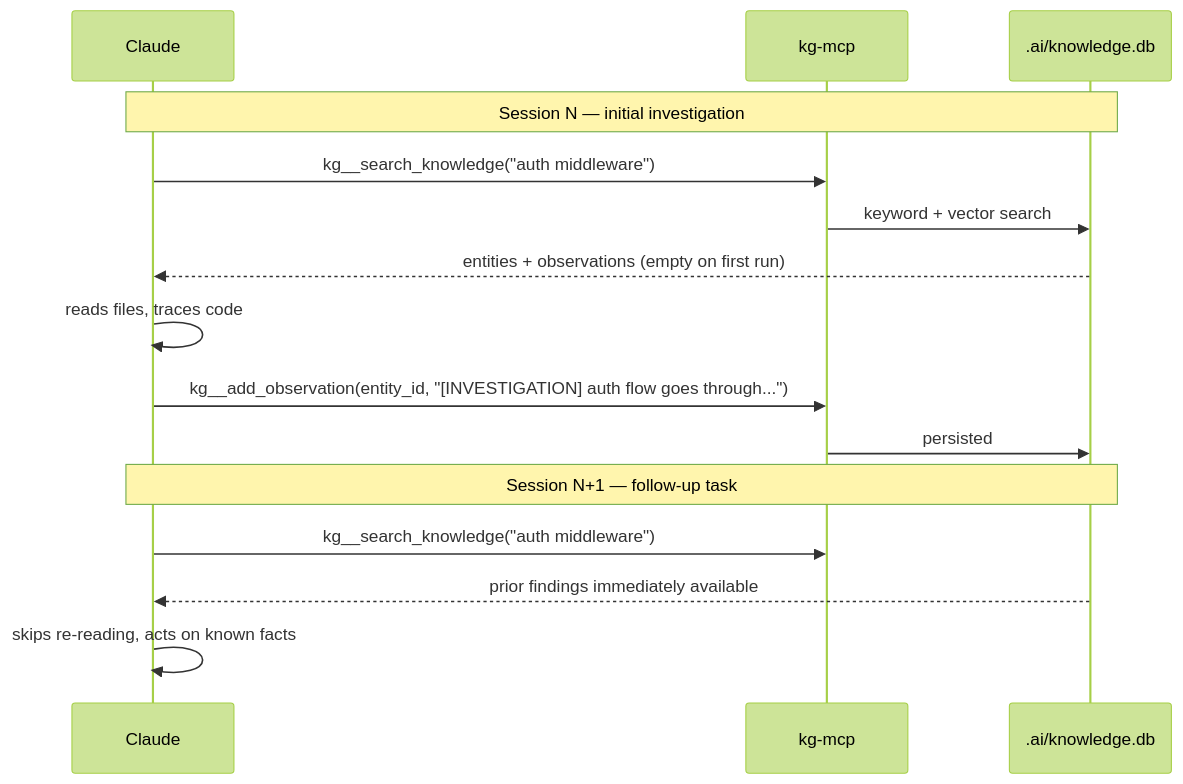
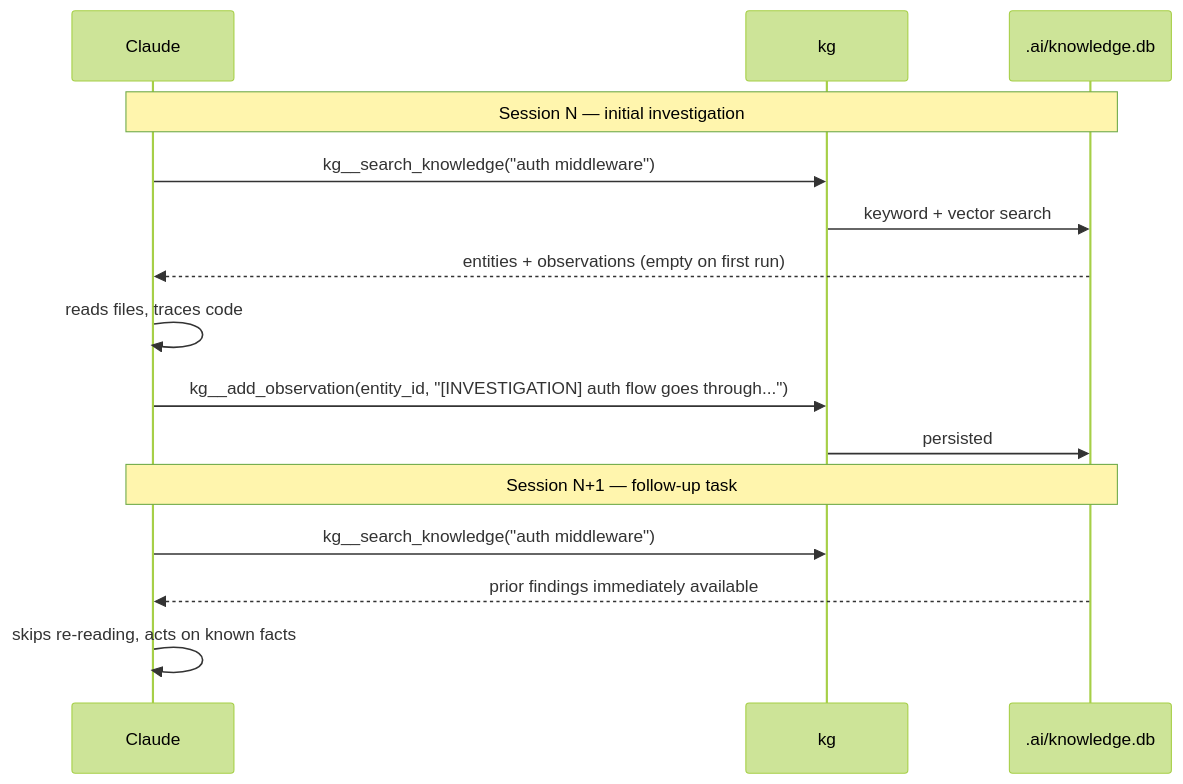
The first of 2 diagrams in docs/kg-claude-integration.md (Cortexa-LLC/mcp), drawn with Mermaid (forest theme) before and after one commit. The commit also changed other lines of this file and 5 other files, not shown here.

````diff
--- a/docs/kg-claude-integration.md
+++ b/docs/kg-claude-integration.md
@@ -13,19 +13,19 @@
 ```mermaid
 sequenceDiagram
     participant C as Claude
-    participant KG as kg-mcp
+    participant KG as kg
     participant DB as .ai/knowledge.db
 
     Note over C,DB: Session N — initial investigation
     C->>KG: kg__search_knowledge("auth middleware")
     KG->>DB: keyword + vector search
     DB-->>C: entities + observations (empty on first run)
     C->>C: reads files, traces code
     C->>KG: kg__add_observation(entity_id, "[INVESTIGATION] auth flow goes through...")
     KG->>DB: persisted
 
     Note over C,DB: Session N+1 — follow-up task
     C->>KG: kg__search_knowledge("auth middleware")
     DB-->>C: prior findings immediately available
     C->>C: skips re-reading, acts on known facts
 ```
````
